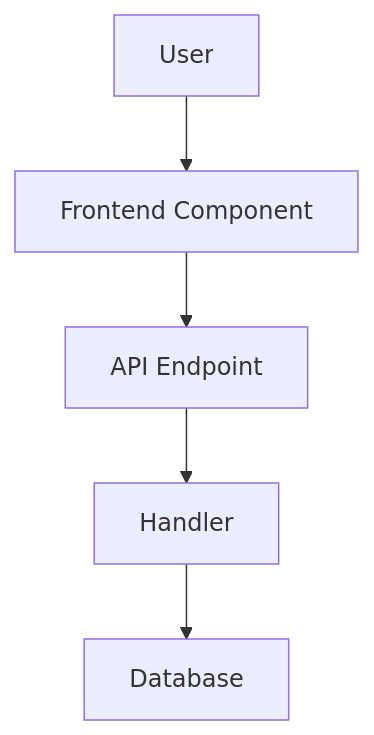
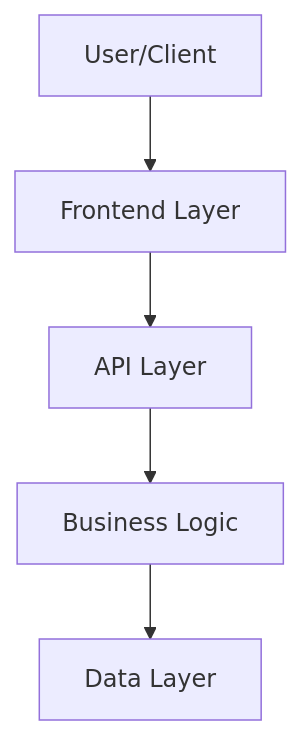
The diagram in .github/templates/plan-template.md (RScheedlerSopra/realworld), drawn with Mermaid before and after one commit. The commit also changed other lines of this file and 1 other file, not shown here.

````diff
--- a/.github/templates/plan-template.md
+++ b/.github/templates/plan-template.md
@@ -15,10 +27,10 @@
 ```mermaid
 graph TD
-    A[User] --> B[Frontend Component]
-    B --> C[API Endpoint]
-    C --> D[Handler]
-    D --> E[Database]
+    A[User/Client] --> B[Frontend Layer]
+    B --> C[API Layer]
+    C --> D[Business Logic]
+    D --> E[Data Layer]
     
-    %% Add more nodes and connections as needed
-    %% Use appropriate Mermaid diagram types: graph, sequenceDiagram, classDiagram, etc.
+    %% Show major components and data flow
+    %% Use appropriate diagram type: graph, sequenceDiagram, classDiagram, etc.
 ```
````
